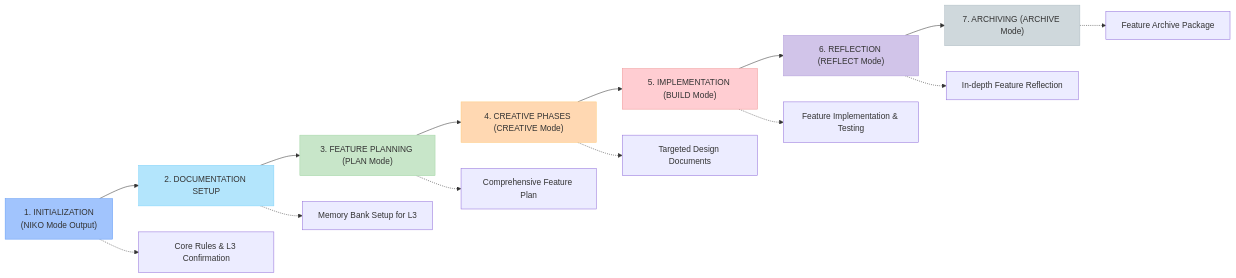
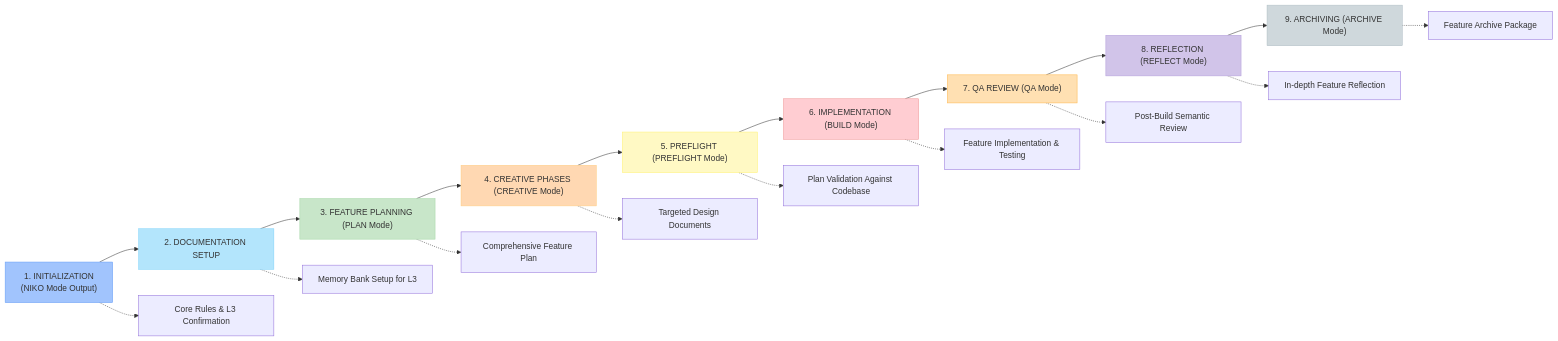
One commit to Texarkanine/.cursor-rules changed the first of 10 diagrams in rulesets/niko/niko/Level3/workflow-level3.mdc. Above: the diagram before and after it, drawn with Mermaid. The commit also changed other lines of this file and 22 other files, not shown here.

`````diff
--- a/rulesets/niko/niko/Level3/workflow-level3.mdc
+++ b/rulesets/niko/niko/Level3/workflow-level3.mdc
@@ -15,27 +15,33 @@
 ```mermaid
 graph LR
     Init["1. INITIALIZATION<br>(NIKO Mode Output)"] -->
     DocSetup["2. DOCUMENTATION SETUP"] -->
     Plan["3. FEATURE PLANNING (PLAN Mode)"] -->
     Creative["4. CREATIVE PHASES (CREATIVE Mode)"] -->
-    Impl["5. IMPLEMENTATION (BUILD Mode)"] -->
-    Reflect["6. REFLECTION (REFLECT Mode)"] -->
-    Archive["7. ARCHIVING (ARCHIVE Mode)"]
+    Preflight["5. PREFLIGHT (PREFLIGHT Mode)"] -->
+    Impl["6. IMPLEMENTATION (BUILD Mode)"] -->
+    QA["7. QA REVIEW (QA Mode)"] -->
+    Reflect["8. REFLECTION (REFLECT Mode)"] -->
+    Archive["9. ARCHIVING (ARCHIVE Mode)"]
 
     %% Document connections for each phase (conceptual links to mode guidance)
     Init -.-> InitDocs["Core Rules & L3 Confirmation"]
     DocSetup -.-> DocSetupDocs["Memory Bank Setup for L3"]
     Plan -.-> PlanDocs["Comprehensive Feature Plan"]
     Creative -.-> CreativeDocs["Targeted Design Documents"]
+    Preflight -.-> PreflightDocs["Plan Validation Against Codebase"]
     Impl -.-> ImplDocs["Feature Implementation & Testing"]
+    QA -.-> QADocs["Post-Build Semantic Review"]
     Reflect -.-> ReflectDocs["In-depth Feature Reflection"]
     Archive -.-> ArchiveDocs["Feature Archive Package"]
 
     style Init fill:#a1c4fd,stroke:#669df6
     style DocSetup fill:#b3e5fc,stroke:#81d4fa
     style Plan fill:#c8e6c9,stroke:#a5d6a7
     style Creative fill:#ffd8b2,stroke:#ffcc80
+    style Preflight fill:#fff9c4,stroke:#fff176
     style Impl fill:#ffcdd2,stroke:#ef9a9a
+    style QA fill:#ffe0b2,stroke:#ffb74d
     style Reflect fill:#d1c4e9,stroke:#b39ddb
     style Archive fill:#cfd8dc,stroke:#b0bec5
 ````
`````
